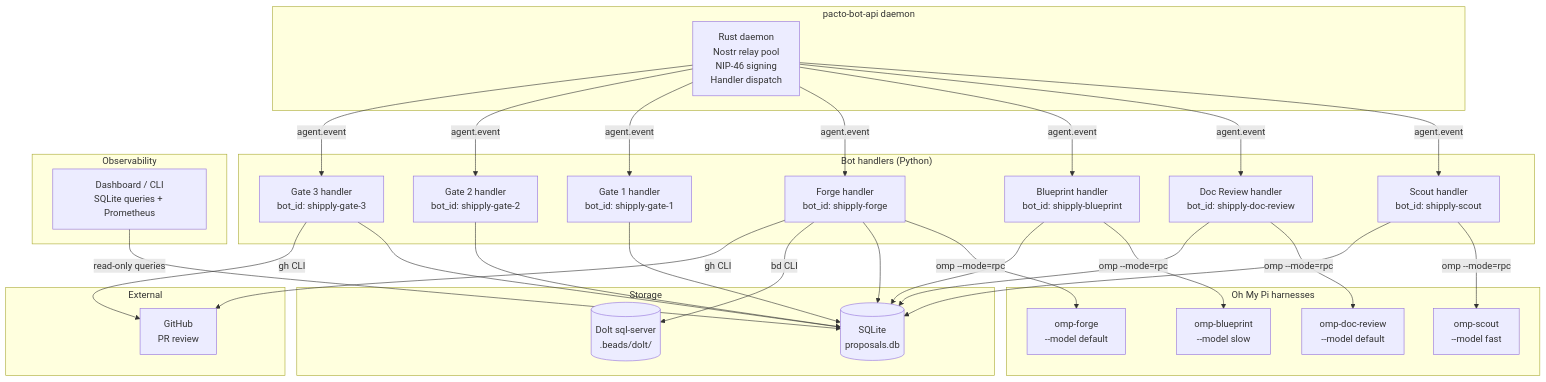
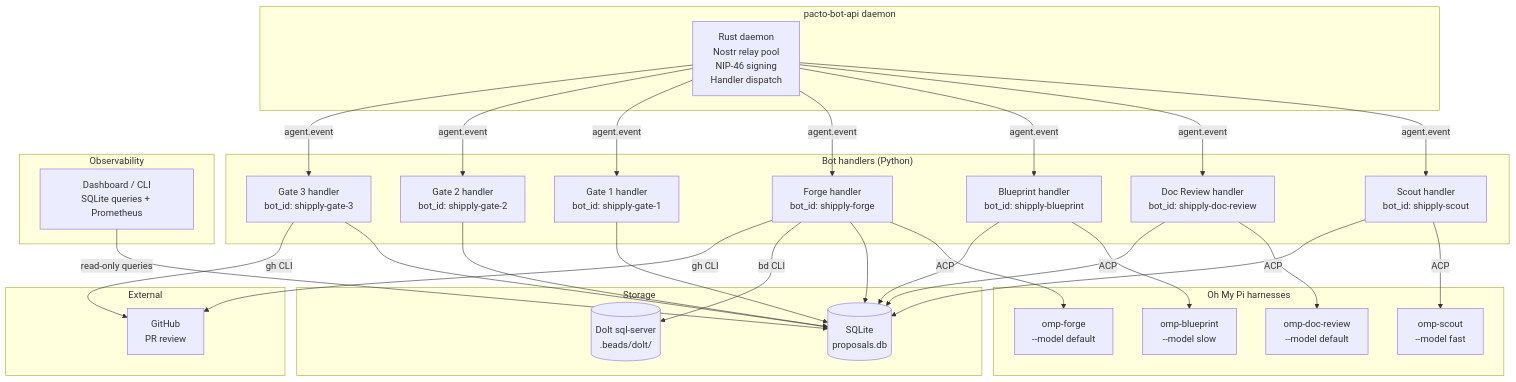
Before and after one commit to shipcrewai/shipcrew: the first of 2 diagrams in docs/plans/2026-07-14-001-feat-shipply-orchestration-engine-plan.md, drawn with Mermaid. The commit also changed other lines of this file and 142 other files, not shown here.

````diff
--- a/docs/plans/2026-07-14-001-feat-shipply-orchestration-engine-plan.md
+++ b/docs/plans/2026-07-14-001-feat-shipply-orchestration-engine-plan.md
@@ -101,61 +101,61 @@
 ```mermaid
 flowchart TB
     subgraph pacto["pacto-bot-api daemon"]
         daemon["Rust daemon\nNostr relay pool\nNIP-46 signing\nHandler dispatch"]
     end
 
     subgraph handlers["Bot handlers (Python)"]
         scout["Scout handler\nbot_id: shipply-scout"]
         docrev["Doc Review handler\nbot_id: shipply-doc-review"]
         blueprint["Blueprint handler\nbot_id: shipply-blueprint"]
         forge["Forge handler\nbot_id: shipply-forge"]
         gate1["Gate 1 handler\nbot_id: shipply-gate-1"]
         gate2["Gate 2 handler\nbot_id: shipply-gate-2"]
         gate3["Gate 3 handler\nbot_id: shipply-gate-3"]
     end
 
     subgraph harnesses["Oh My Pi harnesses"]
         h_scout["omp-scout\n--model fast"]
         h_docrev["omp-doc-review\n--model default"]
         h_blueprint["omp-blueprint\n--model slow"]
         h_forge["omp-forge\n--model default"]
     end
     subgraph storage["Storage"]
         sqlite[("SQLite\nproposals.db")]
         dolt[("Dolt sql-server\n.beads/dolt/")]
     end
 
     subgraph observability["Observability"]
         dashboard["Dashboard / CLI\nSQLite queries + Prometheus"]
     end
 
     subgraph external["External"]
         github["GitHub\nPR review"]
     end
 
     daemon -->|agent.event| scout
     daemon -->|agent.event| docrev
     daemon -->|agent.event| blueprint
     daemon -->|agent.event| forge
     daemon -->|agent.event| gate1
     daemon -->|agent.event| gate2
     daemon -->|agent.event| gate3
 
-    scout -->|omp --mode=rpc| h_scout
-    docrev -->|omp --mode=rpc| h_docrev
-    blueprint -->|omp --mode=rpc| h_blueprint
-    forge -->|omp --mode=rpc| h_forge
+    scout -->|ACP| h_scout
+    docrev -->|ACP| h_docrev
+    blueprint -->|ACP| h_blueprint
+    forge -->|ACP| h_forge
 
     scout --> sqlite
     docrev --> sqlite
     blueprint --> sqlite
     forge --> sqlite
     gate1 --> sqlite
     gate2 --> sqlite
     gate3 --> sqlite
     dashboard -->|read-only queries| sqlite
 
     forge -->|bd CLI| dolt
     forge -->|gh CLI| github
     gate3 -->|gh CLI| github
 ```
````
